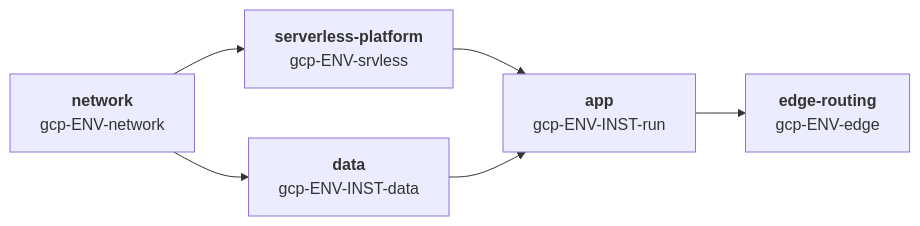
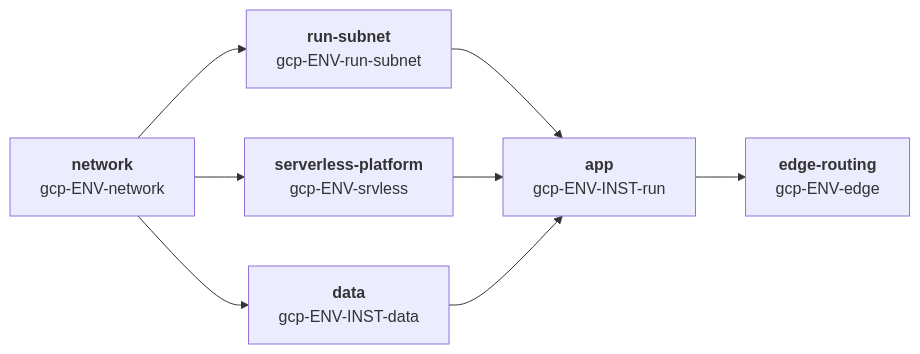
Before and after one commit to aescanero/proposal_documents: the fifth of 11 diagrams in docs/en/terramate-outputs-sharing-architecture.md, drawn with Mermaid. The commit also changed other lines of this file and 7 other files, not shown here.

````diff
--- a/docs/en/terramate-outputs-sharing-architecture.md
+++ b/docs/en/terramate-outputs-sharing-architecture.md
@@ -1326,8 +1326,9 @@
 ```mermaid
 graph LR
-    NET["<b>network</b><br/>gcp-ENV-network"] --> SP["<b>serverless-platform</b><br/>gcp-ENV-srvless"]
+    NET["<b>network</b><br/>gcp-ENV-network"] --> SUB["<b>run-subnet</b><br/>gcp-ENV-run-subnet"] --> APP["<b>app</b><br/>gcp-ENV-INST-run"]
+    NET --> SP["<b>serverless-platform</b><br/>gcp-ENV-srvless"]
     NET --> DATA["<b>data</b><br/>gcp-ENV-INST-data"]
     SP --> APP["<b>app</b><br/>gcp-ENV-INST-run"]
     DATA --> APP
     APP --> EDGE["<b>edge-routing</b><br/>gcp-ENV-edge"]
 ```
````
